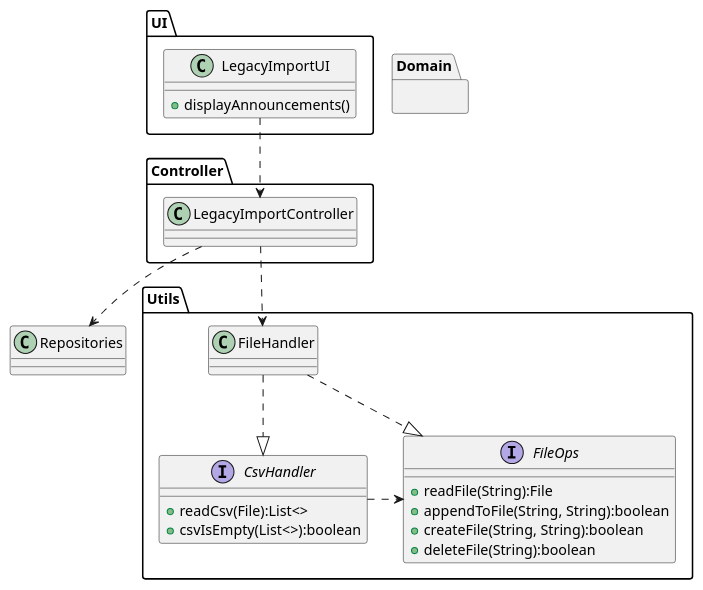
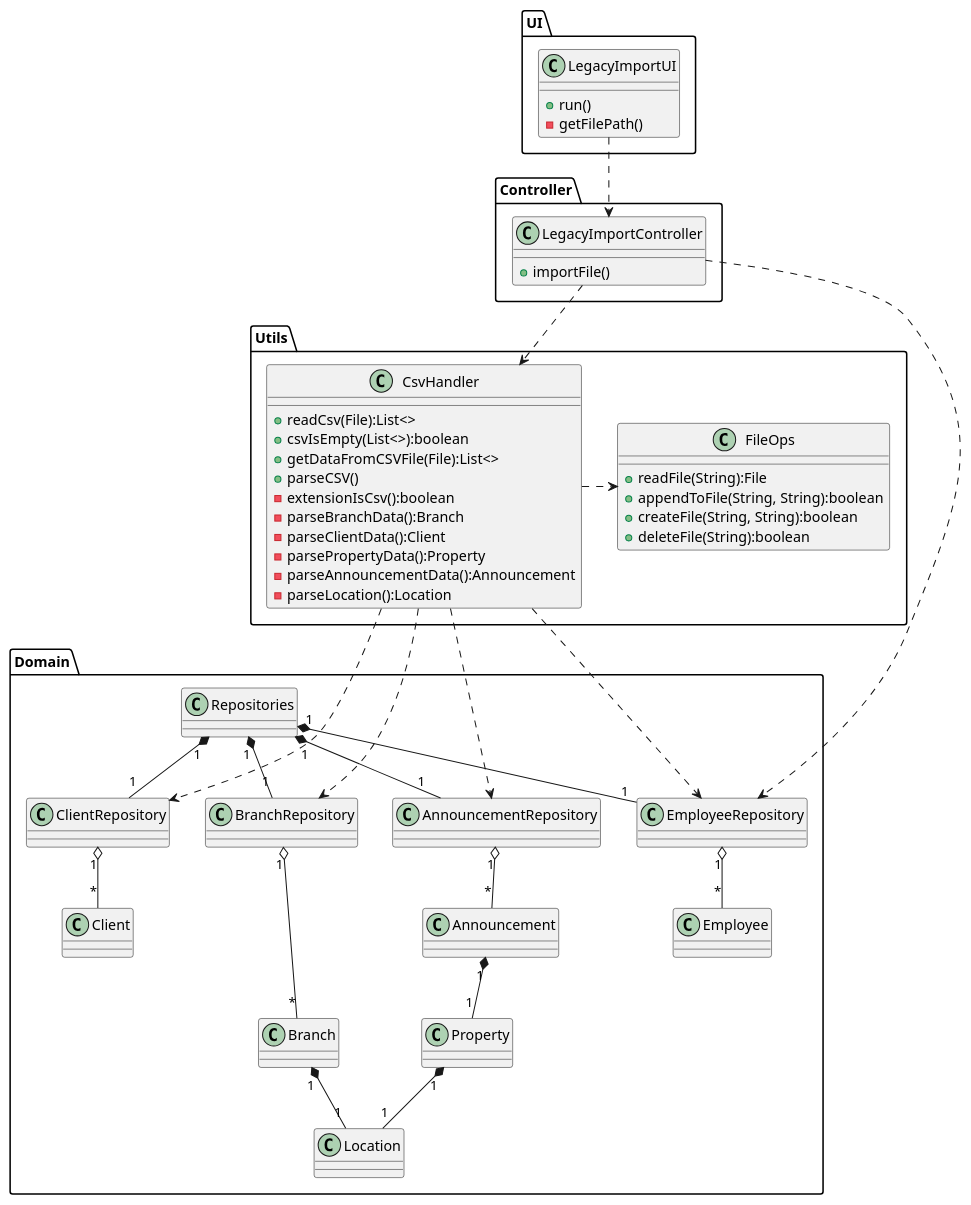
One commit to tiagohcorreia/LAPR2 changed the diagram in docs/sprintC/US012/03.design/puml/us012-class-diagram.puml. Above: the diagram before and after it, drawn with PlantUML. The commit also changed 3 other files, not shown here.

Commit message:
US12 - Design: Updated the Class Diagram

```diff
--- a/docs/sprintC/US012/03.design/puml/us012-class-diagram.puml
+++ b/docs/sprintC/US012/03.design/puml/us012-class-diagram.puml
@@ -1,51 +1,89 @@
 @startuml
 'https://plantuml.com/class-diagram
 skinparam shadowing false
 allowmixing
 
 package UI {
     class LegacyImportUI{
-        +displayAnnouncements()
+        +run()
+        -getFilePath()
     }
 }
 
 package Controller {
-    class LegacyImportController{}
+    class LegacyImportController{
+        +importFile()
+    }
 }
 
 package Utils{
-    class FileHandler
-    interface CsvHandler{
+    class CsvHandler{
         +readCsv(File):List<>
         +csvIsEmpty(List<>):boolean
+        +getDataFromCSVFile(File):List<>
+        +parseCSV()
+        -extensionIsCsv():boolean
+        -parseBranchData():Branch
+        -parseClientData():Client
+        -parsePropertyData():Property
+        -parseAnnouncementData():Announcement
+        -parseLocation():Location
     }
-    interface FileOps
 
-    interface FileOps{
+    class FileOps{
     +readFile(String):File
     +appendToFile(String, String):boolean
     +createFile(String, String):boolean
     +deleteFile(String):boolean
 
     }
 
-    FileHandler -.|> FileOps
-    FileHandler -.|> CsvHandler
     CsvHandler .> FileOps
 }
 
 
 
 package Domain{
+    class Repositories
+    class Employee
+    class EmployeeRepository
+    class Branch
+    class BranchRepository
+    class Announcement
+    class AnnouncementRepository
+    class Client
+    class ClientRepository
+    class Property
+    class Location
+
 }
 
 
 LegacyImportUI -[dashed]-> LegacyImportController
-LegacyImportController -[dashed]-> Repositories
-LegacyImportController -[dashed]-> FileHandler
+LegacyImportController -[dashed]-> EmployeeRepository
+LegacyImportController -[dashed]-> CsvHandler
+
+CsvHandler --[dashed]-> EmployeeRepository
+CsvHandler --[dashed]-> AnnouncementRepository
+CsvHandler --[dashed]-> BranchRepository
+CsvHandler --[dashed]-> ClientRepository
 
 
+Repositories "1" *-- "1" EmployeeRepository
+Repositories "1" *-- "1" ClientRepository
+Repositories "1" *-- "1" AnnouncementRepository
+Repositories "1" *-- "1" BranchRepository
 
+EmployeeRepository "1" o-- "*" Employee
+ClientRepository "1" o-- "*" Client
+AnnouncementRepository "1" o-- "*" Announcement
+BranchRepository "1" o-- "*" Branch
+
+Announcement "1" *-- "1" Property
+
+
+Branch "1" *-- "1" Location
+Property "1" *-- "1" Location
 
 
 @enduml
```
